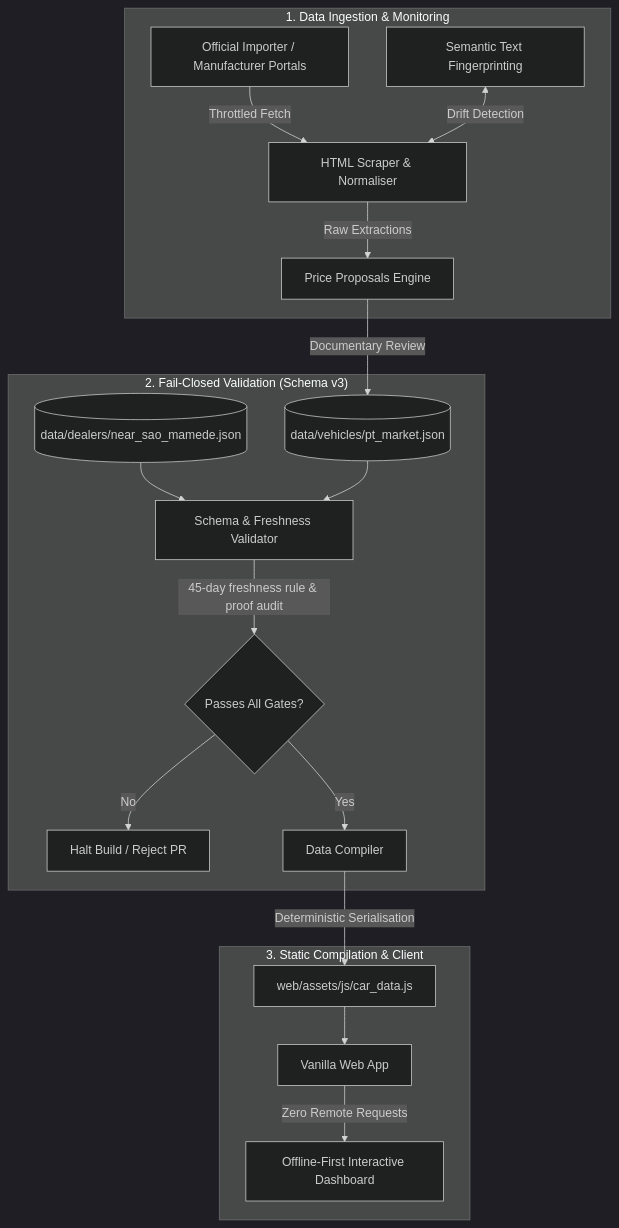
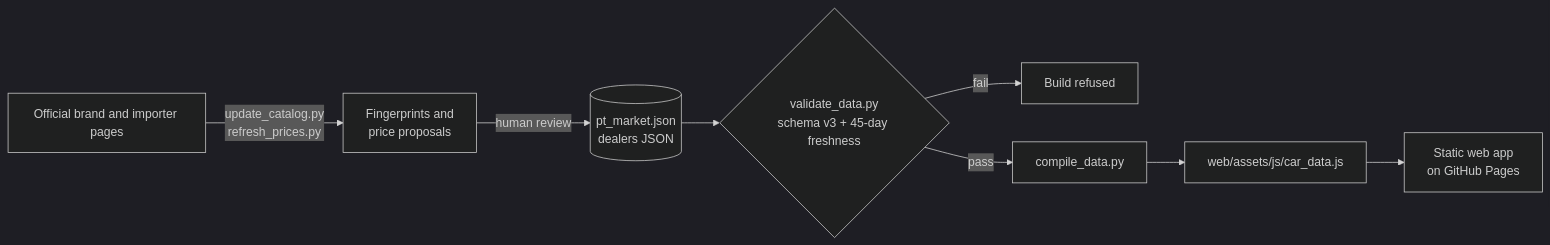
One commit to oarguido/portugal-ev-market-guide changed the diagram in README.md. Above: the diagram before and after it, drawn with Mermaid (dark theme). The commit also changed other lines of this file, not shown here.

````diff
--- a/README.md
+++ b/README.md
@@ -32,23 +39,10 @@
 ```mermaid
-flowchart TD
-    subgraph Ingestion ["1. Data Ingestion & Monitoring"]
-        A[Official Importer / Manufacturer Portals] -->|Throttled Fetch| B[HTML Scraper & Normaliser]
-        C[Semantic Text Fingerprinting] <-->|Drift Detection| B
-        B -->|Raw Extractions| D[Price Proposals Engine]
-    end
-
-    subgraph Validation ["2. Fail-Closed Validation (Schema v3)"]
-        D -->|Documentary Review| E[(data/vehicles/pt_market.json)]
-        F[(data/dealers/near_sao_mamede.json)] --> G[Schema & Freshness Validator]
-        E --> G
-        G -->|45-day freshness rule & proof audit| H{Passes All Gates?}
-        H -->|No| I[Halt Build / Reject PR]
-        H -->|Yes| J[Data Compiler]
-    end
-
-    subgraph Delivery ["3. Static Compilation & Client"]
-        J -->|Deterministic Serialisation| K[web/assets/js/car_data.js]
-        K --> L[Vanilla Web App]
-        L -->|Zero Remote Requests| M[Offline-First Interactive Dashboard]
-    end
+flowchart LR
+    S[Official brand and importer pages] -->|update_catalog.py<br/>refresh_prices.py| P[Fingerprints and<br/>price proposals]
+    P -->|human review| J[(pt_market.json<br/>dealers JSON)]
+    J --> V{validate_data.py<br/>schema v3 + 45-day freshness}
+    V -->|fail| X[Build refused]
+    V -->|pass| C[compile_data.py]
+    C --> B[web/assets/js/car_data.js]
+    B --> W[Static web app<br/>on GitHub Pages]
 ```
````
